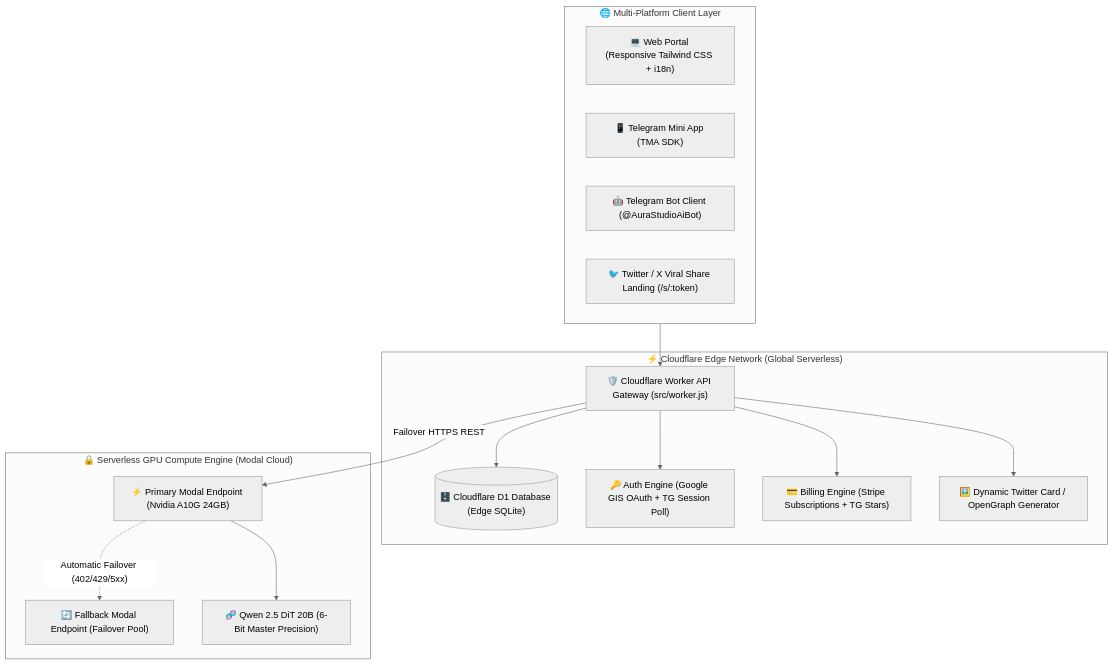
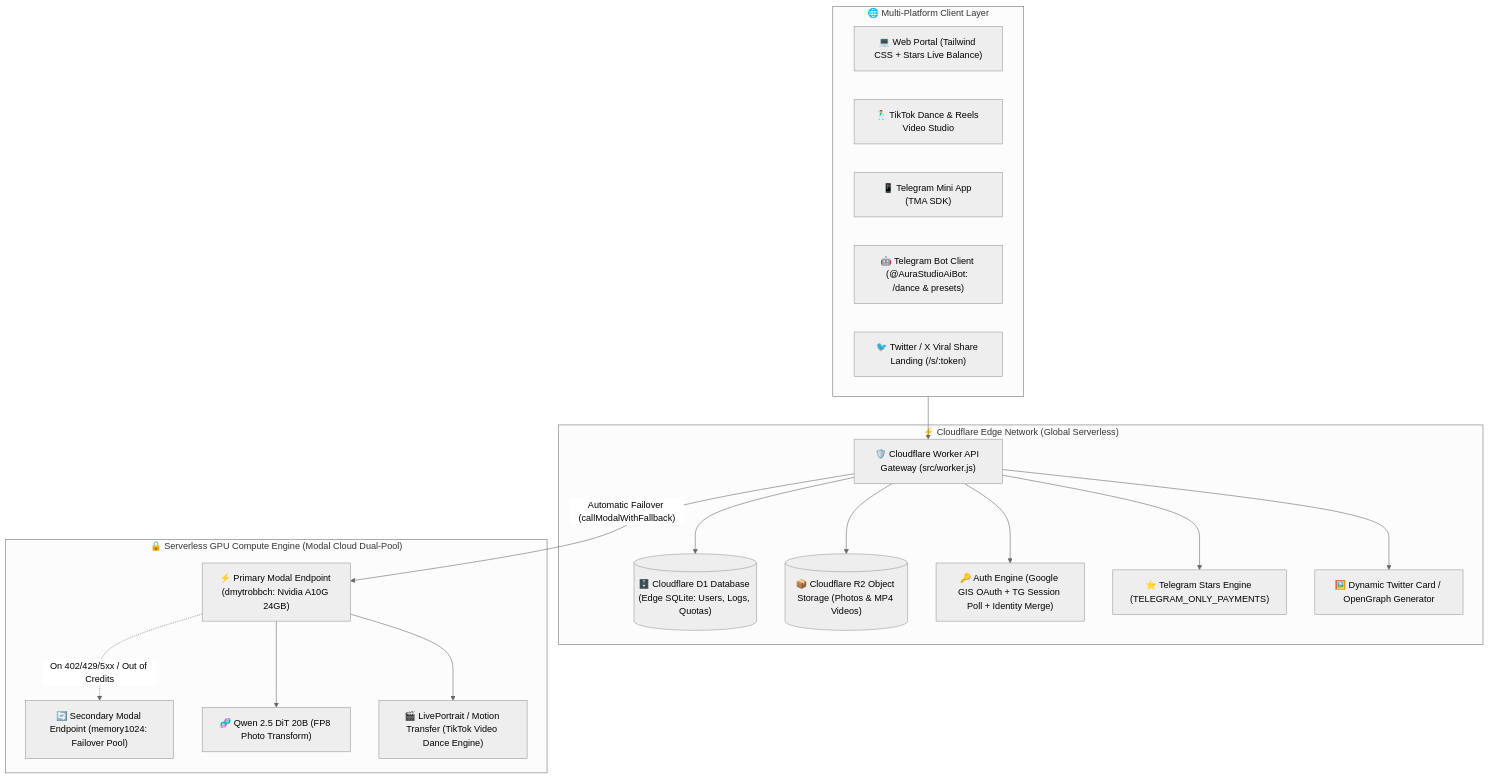
One commit to Babych/aurastudio-platform changed the diagram in README.md. Above: the diagram before and after it, drawn with Mermaid (neutral theme). The commit also changed other lines of this file and 1 other file, not shown here.

Commit message:
docs: update README and architecture skill with Telegram Stars, dance engine, and failover runbook

````diff
--- a/README.md
+++ b/README.md
@@ -14,32 +14,37 @@
 ```mermaid
 flowchart TD
     subgraph CLIENTS ["🌐 Multi-Platform Client Layer"]
-        WEB["💻 Web Portal (Responsive Tailwind CSS + i18n)"]
+        WEB["💻 Web Portal (Tailwind CSS + Stars Live Balance)"]
+        DANCE_STUDIO["🕺 TikTok Dance & Reels Video Studio"]
         TG_APP["📱 Telegram Mini App (TMA SDK)"]
-        TG_BOT["🤖 Telegram Bot Client (@AuraStudioAiBot)"]
+        TG_BOT["🤖 Telegram Bot Client (@AuraStudioAiBot: /dance & presets)"]
         SOCIAL["🐦 Twitter / X Viral Share Landing (/s/:token)"]
     end
 
     subgraph EDGE ["⚡ Cloudflare Edge Network (Global Serverless)"]
         WORKER["🛡️ Cloudflare Worker API Gateway (src/worker.js)"]
-        D1[("🗄️ Cloudflare D1 Database (Edge SQLite)")]
-        AUTH["🔑 Auth Engine (Google GIS OAuth + TG Session Poll)"]
-        BILLING["💳 Billing Engine (Stripe Subscriptions + TG Stars)"]
+        D1[("🗄️ Cloudflare D1 Database (Edge SQLite: Users, Logs, Quotas)")]
+        R2[("📦 Cloudflare R2 Object Storage (Photos & MP4 Videos)")]
+        AUTH["🔑 Auth Engine (Google GIS OAuth + TG Session Poll + Identity Merge)"]
+        BILLING["⭐️ Telegram Stars Engine (TELEGRAM_ONLY_PAYMENTS)"]
         CARDS["🖼️ Dynamic Twitter Card / OpenGraph Generator"]
     end
 
-    subgraph AI_CORE ["🔒 Serverless GPU Compute Engine (Modal Cloud)"]
-        MODAL_PRI["⚡ Primary Modal Endpoint (Nvidia A10G 24GB)"]
-        MODAL_FB["🔄 Fallback Modal Endpoint (Failover Pool)"]
-        DIT["🧬 Qwen 2.5 DiT 20B (6-Bit Master Precision)"]
+    subgraph AI_CORE ["🔒 Serverless GPU Compute Engine (Modal Cloud Dual-Pool)"]
+        MODAL_PRI["⚡ Primary Modal Endpoint (dmytrobbch: Nvidia A10G 24GB)"]
+        MODAL_SEC["🔄 Secondary Modal Endpoint (memory1024: Failover Pool)"]
+        DIT["🧬 Qwen 2.5 DiT 20B (FP8 Photo Transform)"]
+        VIDEO_GEN["🎬 LivePortrait / Motion Transfer (TikTok Video Dance Engine)"]
     end
 
     CLIENTS --> WORKER
     WORKER --> D1
+    WORKER --> R2
     WORKER --> AUTH
     WORKER --> BILLING
     WORKER --> CARDS
-    WORKER -- "Failover HTTPS REST" --> MODAL_PRI
-    MODAL_PRI -. "Automatic Failover (402/429/5xx)" .-> MODAL_FB
+    WORKER -- "Automatic Failover (callModalWithFallback)" --> MODAL_PRI
+    MODAL_PRI -. "On 402/429/5xx / Out of Credits" .-> MODAL_SEC
     MODAL_PRI --> DIT
+    MODAL_PRI --> VIDEO_GEN
 ```
````
